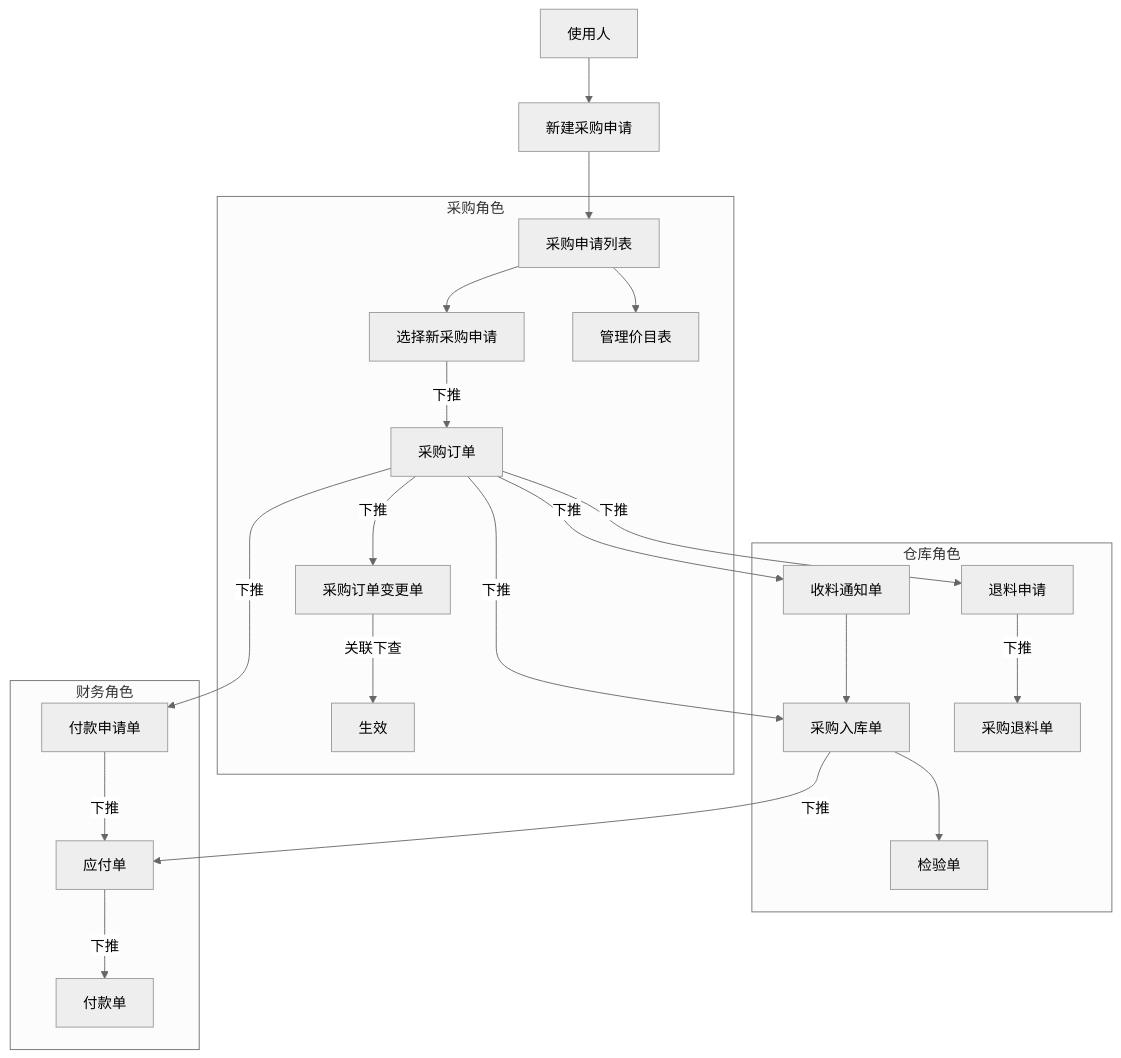
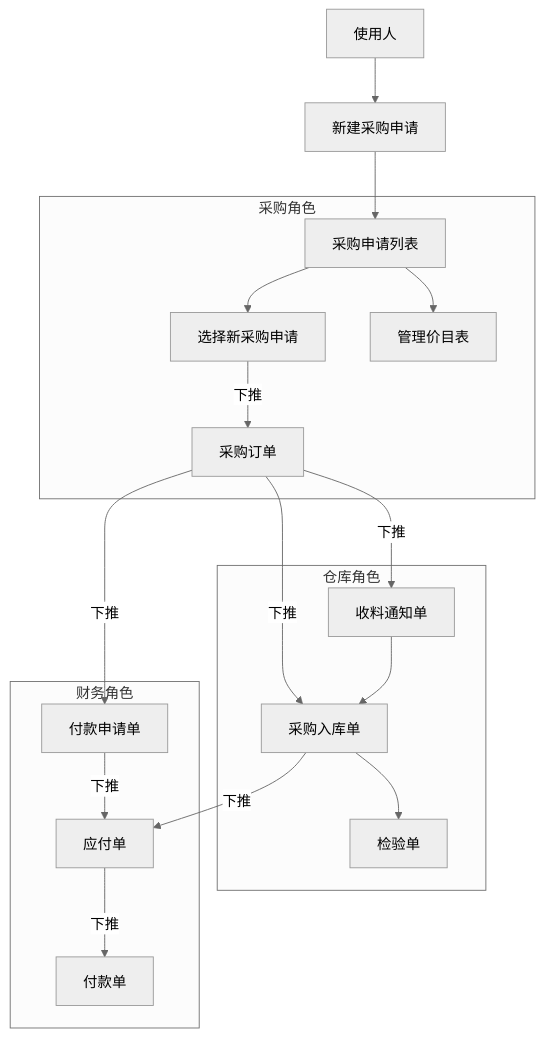
The second of 3 diagrams in src/erp/角色与业务流.md (jack2nb/Files), drawn with Mermaid (neutral theme) before and after one commit. The commit also changed other lines of this file and 2 other files, not shown here.

````diff
--- a/src/erp/角色与业务流.md
+++ b/src/erp/角色与业务流.md
@@ -37,26 +40,26 @@
 ```mermaid
 graph TB;
  
 使用人-->新建采购申请
 新建采购申请--> 采购申请列表
 
 subgraph 采购角色
 采购申请列表 -->选择新采购申请--下推-->采购订单
 采购申请列表 -->管理价目表
-采购订单--下推-->采购订单变更单--关联下查-->生效
+
 
 end
 subgraph 仓库角色
 采购订单--下推-->收料通知单
 采购订单--下推-->采购入库单
-采购订单--下推-->退料申请--下推-->采购退料单
+
 收料通知单-->采购入库单
 采购入库单-->检验单
 end
 subgraph 财务角色
 采购入库单--下推-->应付单
 采购订单--下推-->付款申请单
 付款申请单--下推-->应付单--下推-->付款单
 end
  
 ```
````
